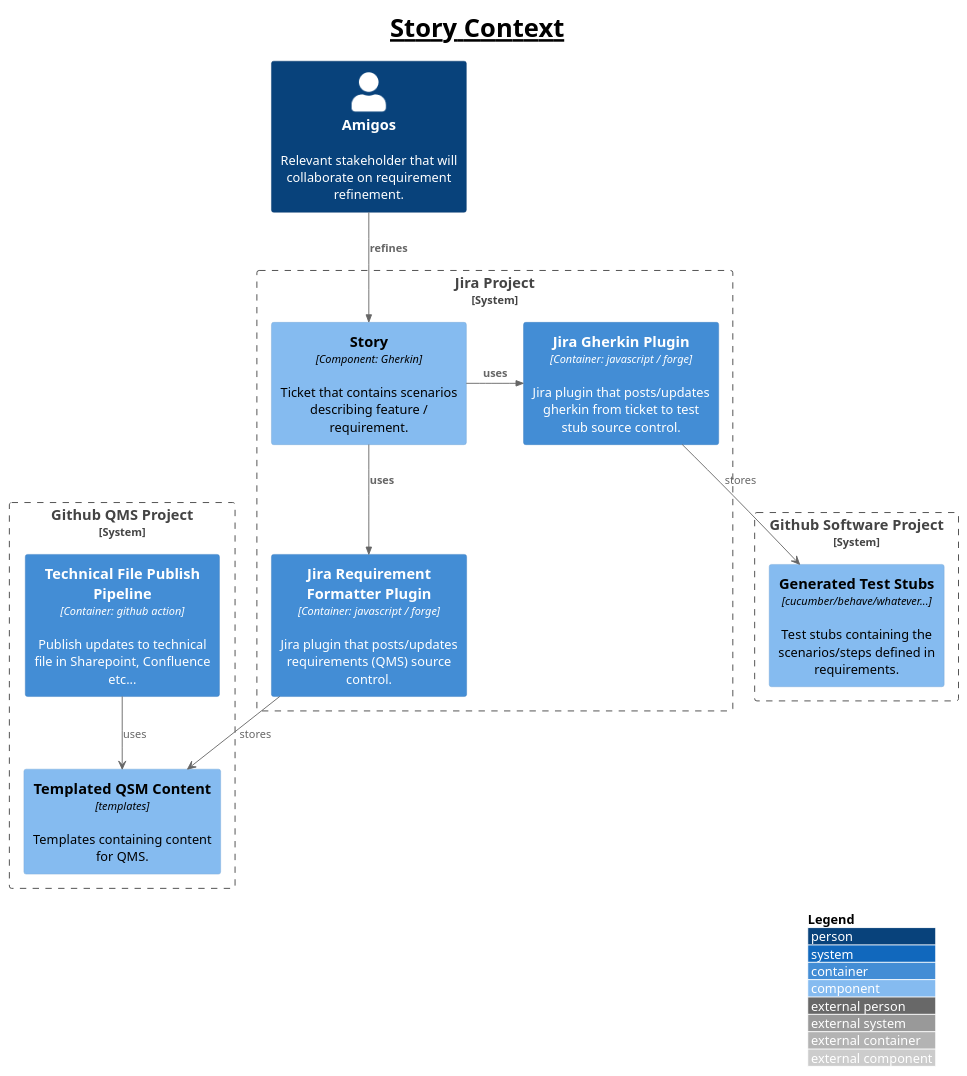
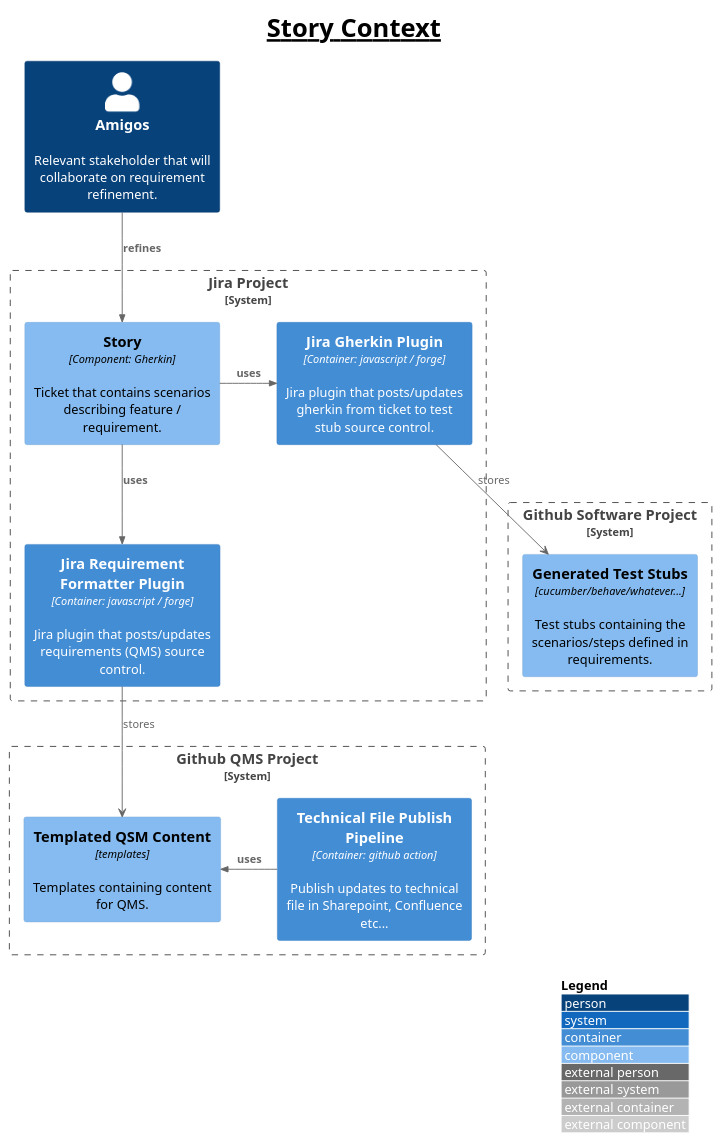
The diagram in doc/arc/story-context-plugin.plantuml (dkieran1/project-template), drawn with PlantUML before and after one commit. The commit also changed 6 other files, not shown here.

```diff
--- a/doc/arc/story-context-plugin.plantuml
+++ b/doc/arc/story-context-plugin.plantuml
@@ -1,39 +1,40 @@
 @startuml
 
 !include <c4/C4_Component.puml>  
 
 LAYOUT_WITH_LEGEND()
 
 title
 <font size=28><u>Story Context</u></font>
 end title
 
 'left to right direction
 
 Person(amigos, Amigos, "Relevant stakeholder that will collaborate on requirement refinement." )
 
 System_Boundary(jira, "Jira Project"){
     Component(story, "Story", "Component: Gherkin", "Ticket that contains scenarios describing feature / requirement.")
     Container(jira_gherkin, "Jira Gherkin Plugin", "Container: javascript / forge", "Jira plugin that posts/updates gherkin from ticket to test stub source control.")
     Container(jira_formatter, "Jira Requirement Formatter Plugin", "Container: javascript / forge", "Jira plugin that posts/updates requirements (QMS) source control.")
 }
 
 System_Boundary(github_software, "Github Software Project"){
     Component(test_stubs, "Generated Test Stubs", "cucumber/behave/whatever...", "Test stubs containing the scenarios/steps defined in requirements.")
 }
 
 System_Boundary(github_qms, "Github QMS Project"){
     Container(publish_requirements, "Technical File Publish Pipeline", "Container: github action", "Publish updates to technical file in Sharepoint, Confluence etc...")
     Component(qms_files, "Templated QSM Content", "templates", "Templates containing content for QMS.")
 }
 
 Rel_D(amigos, story, "refines")
 
 Rel_R(story, jira_gherkin, "uses")
 Rel_D(story, jira_formatter, "uses")
 
 jira_gherkin --> test_stubs : stores
 jira_formatter --> qms_files : stores
-publish_requirements --> qms_files : uses
+
+Rel_L(publish_requirements, qms_files, "uses")
 
 @enduml
```
